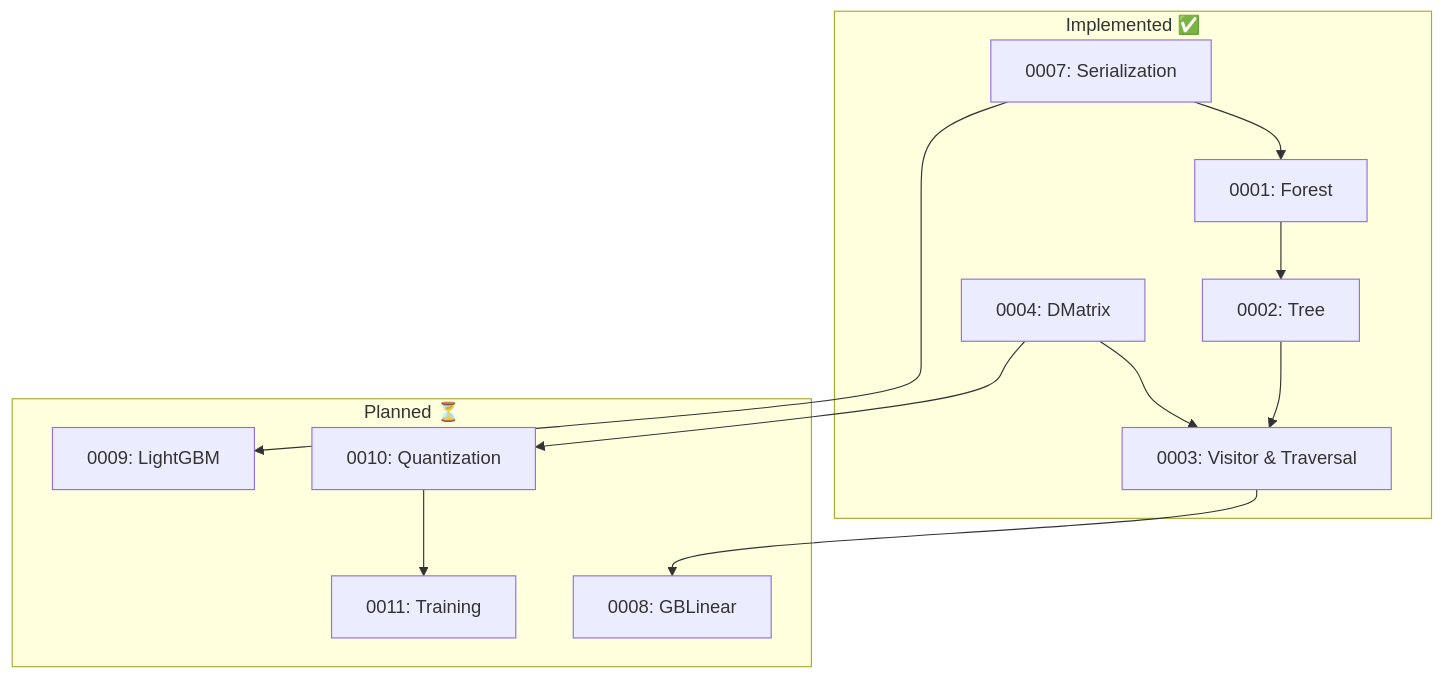
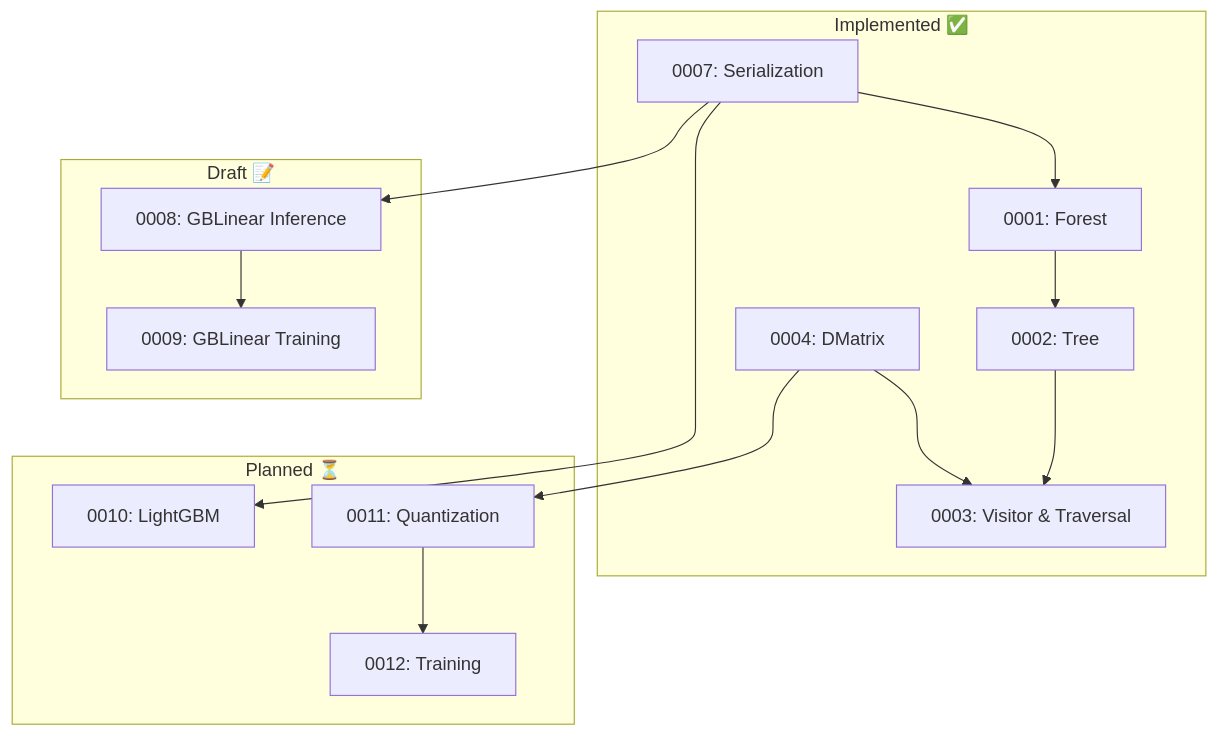
Before and after one commit to egordm/boosters: the diagram in docs/design/rfcs/README.md, drawn with Mermaid. The commit also changed other lines of this file and 32 other files, not shown here.

````diff
--- a/docs/design/rfcs/README.md
+++ b/docs/design/rfcs/README.md
@@ -64,27 +65,32 @@
 ```mermaid
 graph TD
     subgraph "Implemented ✅"
         RFC0001["0001: Forest"]
         RFC0002["0002: Tree"]
         RFC0003["0003: Visitor & Traversal"]
         RFC0004["0004: DMatrix"]
         RFC0007["0007: Serialization"]
     end
 
+    subgraph "Draft 📝"
+        RFC0008["0008: GBLinear Inference"]
+        RFC0009["0009: GBLinear Training"]
+    end
+
     subgraph "Planned ⏳"
-        RFC0008["0008: GBLinear"]
-        RFC0009["0009: LightGBM"]
-        RFC0010["0010: Quantization"]
-        RFC0011["0011: Training"]
+        RFC0010["0010: LightGBM"]
+        RFC0011["0011: Quantization"]
+        RFC0012["0012: Training"]
     end
 
     RFC0001 --> RFC0002
     RFC0002 --> RFC0003
     RFC0004 --> RFC0003
     RFC0007 --> RFC0001
     
-    RFC0003 --> RFC0008
-    RFC0007 --> RFC0009
-    RFC0004 --> RFC0010
-    RFC0010 --> RFC0011
+    RFC0007 --> RFC0008
+    RFC0008 --> RFC0009
+    RFC0007 --> RFC0010
+    RFC0004 --> RFC0011
+    RFC0011 --> RFC0012
 ```
````
